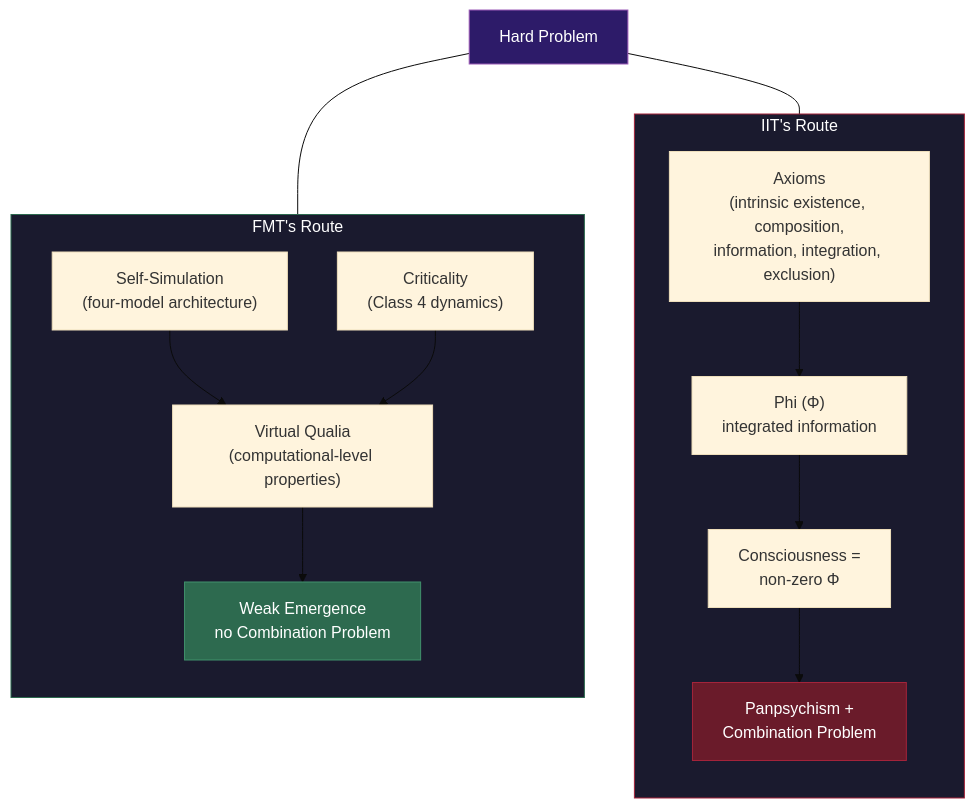
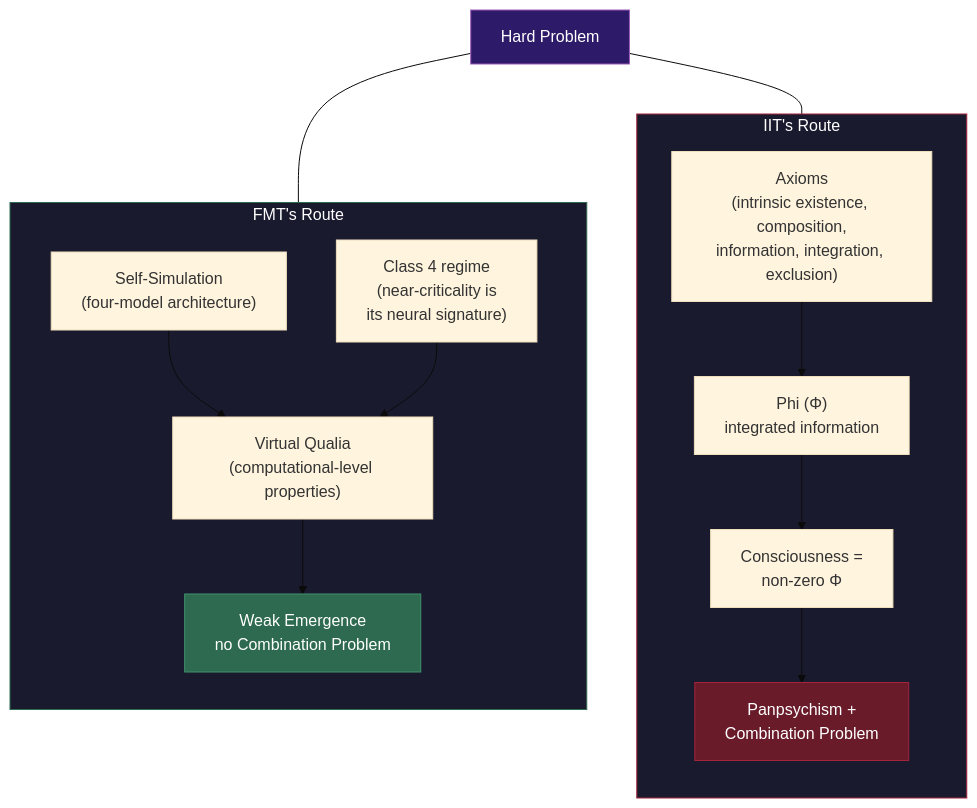
Before and after one commit to JeltzProstetnic/aIware: the diagram in wiki/comparative/vs-iit.md, drawn with Mermaid (base theme). The commit also changed other lines of this file and 124 other files, not shown here.

````diff
--- a/wiki/comparative/vs-iit.md
+++ b/wiki/comparative/vs-iit.md
@@ -43,31 +43,31 @@
 ```mermaid
 graph TB
     subgraph IIT_PATH["IIT's Route"]
         direction TB
         I1["Axioms<br/>(intrinsic existence, composition,<br/>information, integration, exclusion)"]
         I2["Phi (Φ)<br/>integrated information"]
         I3["Consciousness =<br/>non-zero Φ"]
         I4["Panpsychism +<br/>Combination Problem"]
         I1 --> I2 --> I3 --> I4
     end
 
     subgraph FMT_PATH["FMT's Route"]
         direction TB
         F1["Self-Simulation<br/>(four-model architecture)"]
-        F2["Criticality<br/>(Class 4 dynamics)"]
+        F2["Class 4 regime<br/>(near-criticality is<br/>its neural signature)"]
         F3["Virtual Qualia<br/>(computational-level properties)"]
         F4["Weak Emergence<br/>no Combination Problem"]
         F1 --> F3
         F2 --> F3
         F3 --> F4
     end
 
     HP["Hard Problem"] --- I3
     HP --- F3
 
     style IIT_PATH fill:#1a1a2e,stroke:#a4243b,color:#fff
     style FMT_PATH fill:#1a1a2e,stroke:#2d6a4f,color:#fff
     style I4 fill:#6a1b2a,stroke:#a4243b,color:#fff
     style F4 fill:#2d6a4f,stroke:#40916c,color:#fff
     style HP fill:#2d1b69,stroke:#9b59b6,color:#fff
 ```
````
